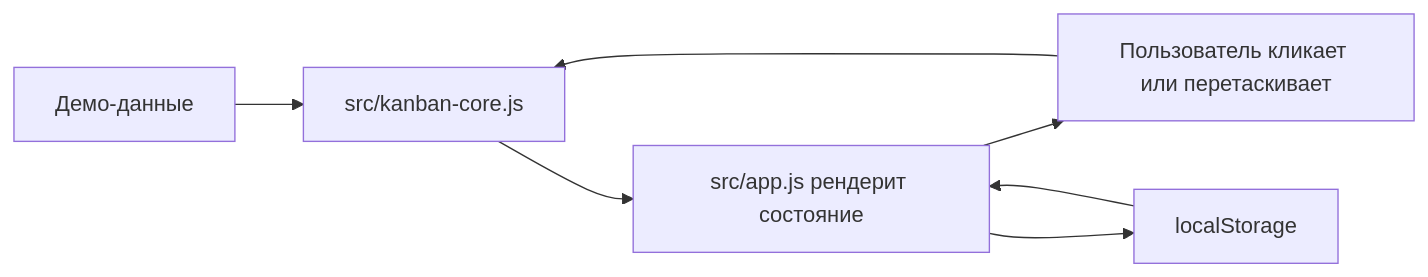
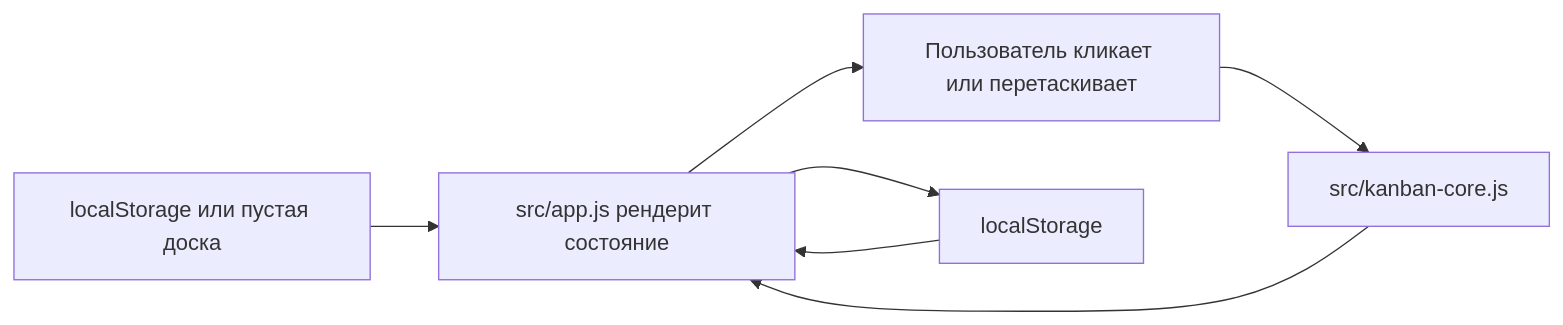
One commit to SlavaRen682/innotech-kanban changed the diagram in docs/technical/architecture.md. Above: the diagram before and after it, drawn with Mermaid. The commit also changed other lines of this file and 17 other files, not shown here.

````diff
--- a/docs/technical/architecture.md
+++ b/docs/technical/architecture.md
@@ -17,9 +17,9 @@
 ```mermaid
 flowchart LR
-  A["Демо-данные"] --> B["src/kanban-core.js"]
-  B --> C["src/app.js рендерит состояние"]
+  A["localStorage или пустая доска"] --> C["src/app.js рендерит состояние"]
+  B["src/kanban-core.js"] --> C
   C --> D["Пользователь кликает или перетаскивает"]
   D --> B
   C --> E["localStorage"]
   E --> C
 ```
````
